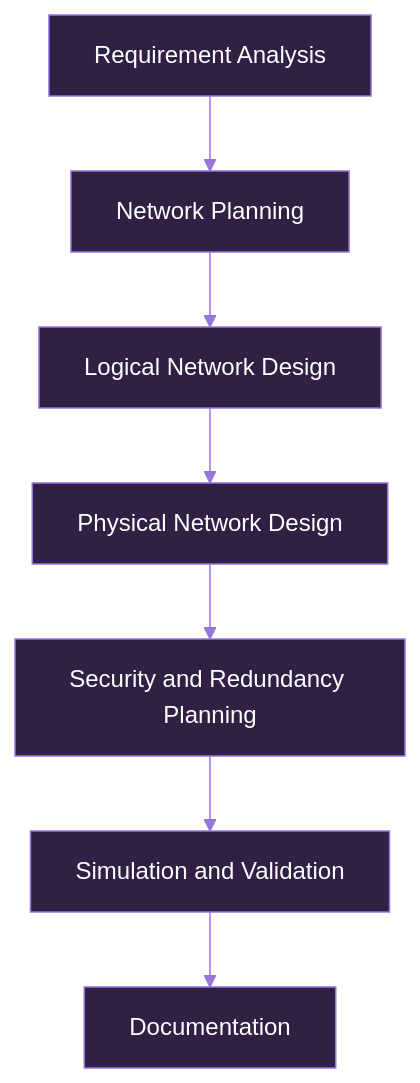
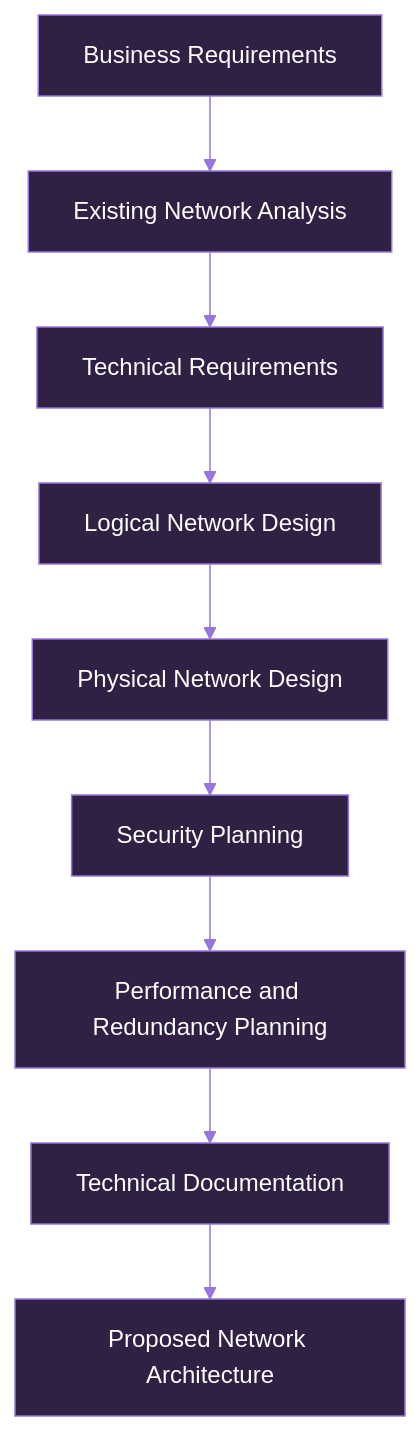
The third of 3 diagrams in README.md (rosinss/enterprise-network-design), drawn with Mermaid before and after one commit. The commit also changed other lines of this file, not shown here.

Commit message:
Finalize enterprise network design portfolio documentation

````diff
--- a/README.md
+++ b/README.md
@@ -282,10 +311,12 @@
 ```mermaid
 %%{init: {'theme':'base','themeVariables':{'primaryColor':'#302044','primaryTextColor':'#FFFFFF','primaryBorderColor':'#9675DC','lineColor':'#9675DC'}}}%%
 flowchart TD
-    A[Requirement Analysis] --> B[Network Planning]
-    B --> C[Logical Network Design]
-    C --> D[Physical Network Design]
-    D --> E[Security and Redundancy Planning]
-    E --> F[Simulation and Validation]
-    F --> G[Documentation]
+    A[Business Requirements] --> B[Existing Network Analysis]
+    B --> C[Technical Requirements]
+    C --> D[Logical Network Design]
+    D --> E[Physical Network Design]
+    E --> F[Security Planning]
+    F --> G[Performance and Redundancy Planning]
+    G --> H[Technical Documentation]
+    H --> I[Proposed Network Architecture]
 ```
````
